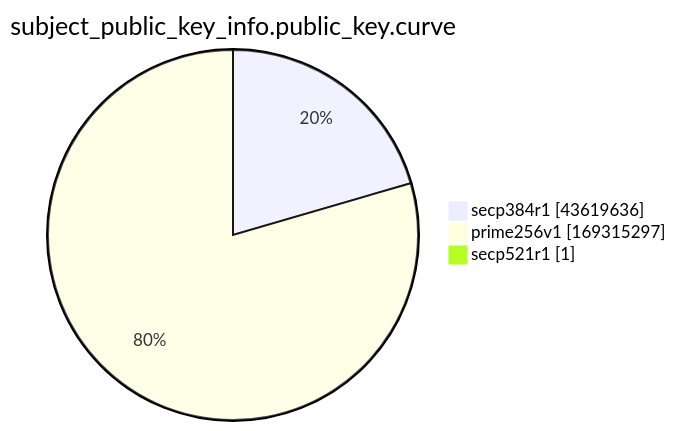
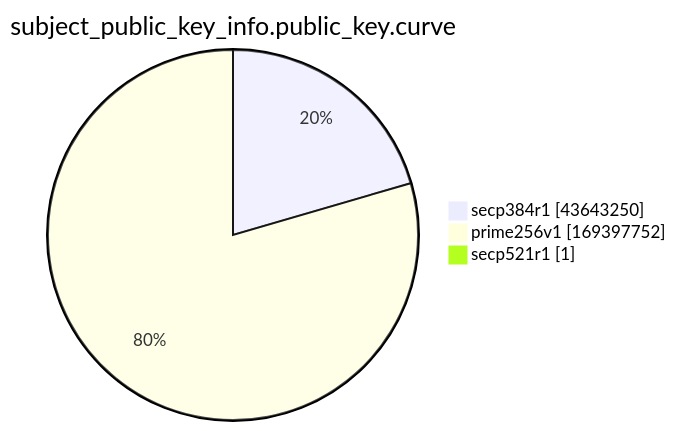
Before and after one commit to christiankrug/ctmonitor_visualization: the ninth of 15 diagrams in xenon2022/README.md, drawn with Mermaid. The commit also changed other lines of this file, not shown here.

````diff
--- a/xenon2022/README.md
+++ b/xenon2022/README.md
@@ -2870,7 +2870,7 @@
 ```mermaid
 pie showData
 title subject_public_key_info.public_key.curve
-"secp384r1" :43619636
-"prime256v1" :169315297
+"secp384r1" :43643250
+"prime256v1" :169397752
 "secp521r1" :1
 ```
````
